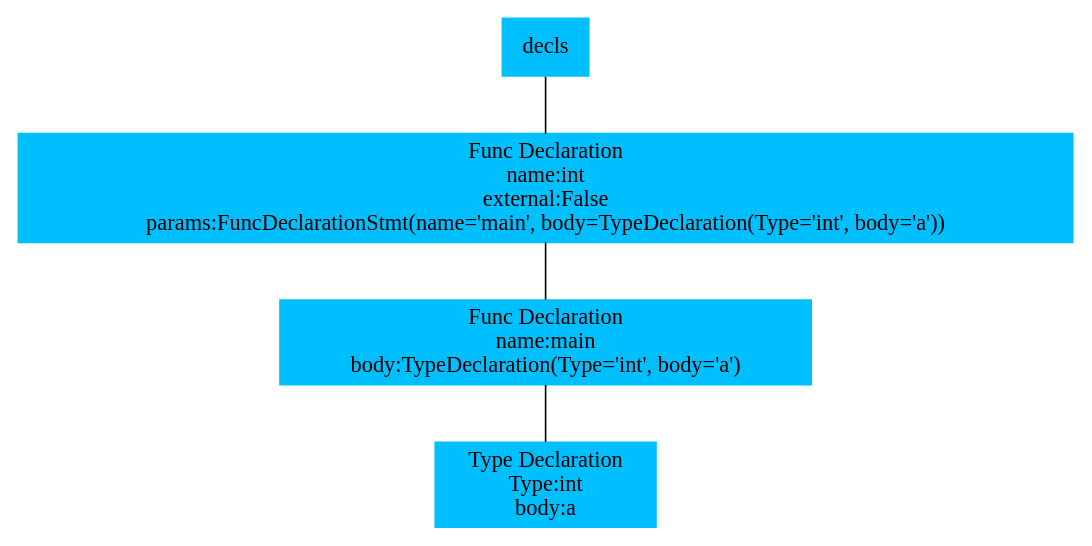
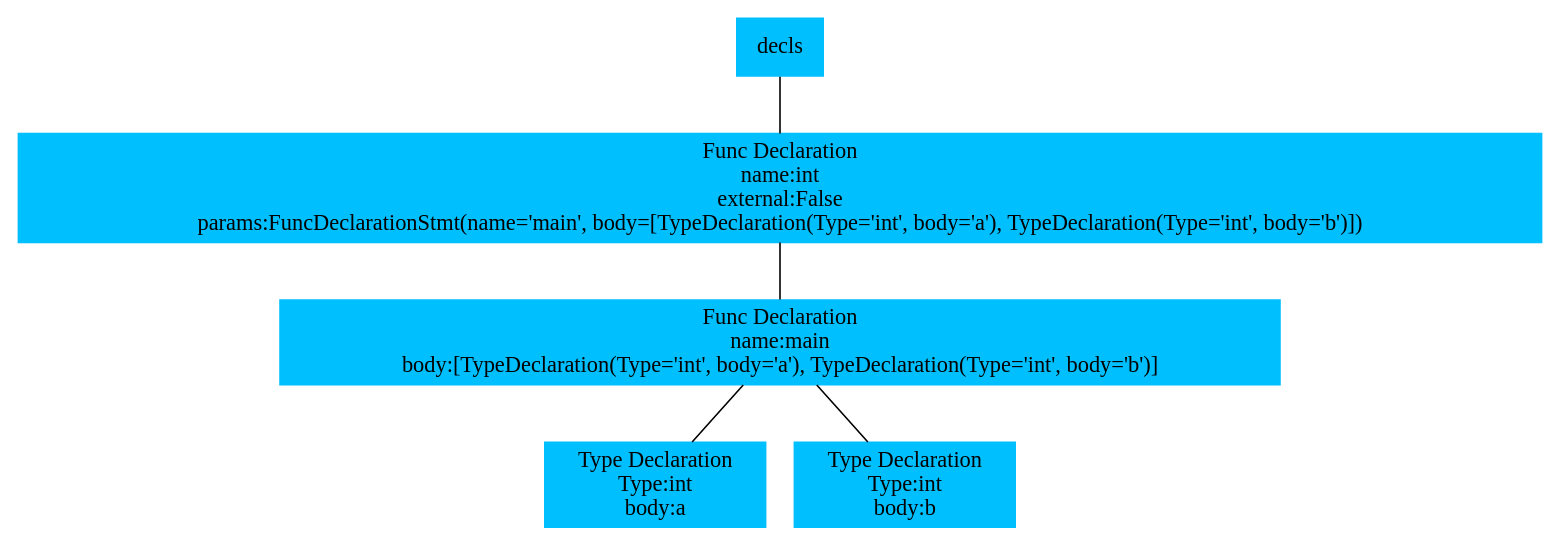
The diagram in tree.dot (JGaviria0/miniC-Compiler), drawn with Graphviz before and after one commit. The commit also changed 2 other files, not shown here.

Commit message:
params funcDeclaration

```diff
--- a/tree.dot
+++ b/tree.dot
@@ -1,19 +1,23 @@
 // Dot
 digraph AST {
 	node [color=deepskyblue shape=box style=filled]
 	edge [arrowhead=none]
 	n01 [label=decls]
 	n02 [label="Func Declaration
 name:int 
 external:False
-params:FuncDeclarationStmt(name='main', body=TypeDeclaration(Type='int', body='a'))"]
+params:FuncDeclarationStmt(name='main', body=[TypeDeclaration(Type='int', body='a'), TypeDeclaration(Type='int', body='b')])"]
 	n03 [label="Func Declaration
 name:main 
- body:TypeDeclaration(Type='int', body='a')"]
+ body:[TypeDeclaration(Type='int', body='a'), TypeDeclaration(Type='int', body='b')]"]
 	n04 [label="Type Declaration
 Type:int 
  body:a"]
 	n03 -> n04
+	n05 [label="Type Declaration
+Type:int 
+ body:b"]
+	n03 -> n05
 	n02 -> n03
 	n01 -> n02
 }
```
